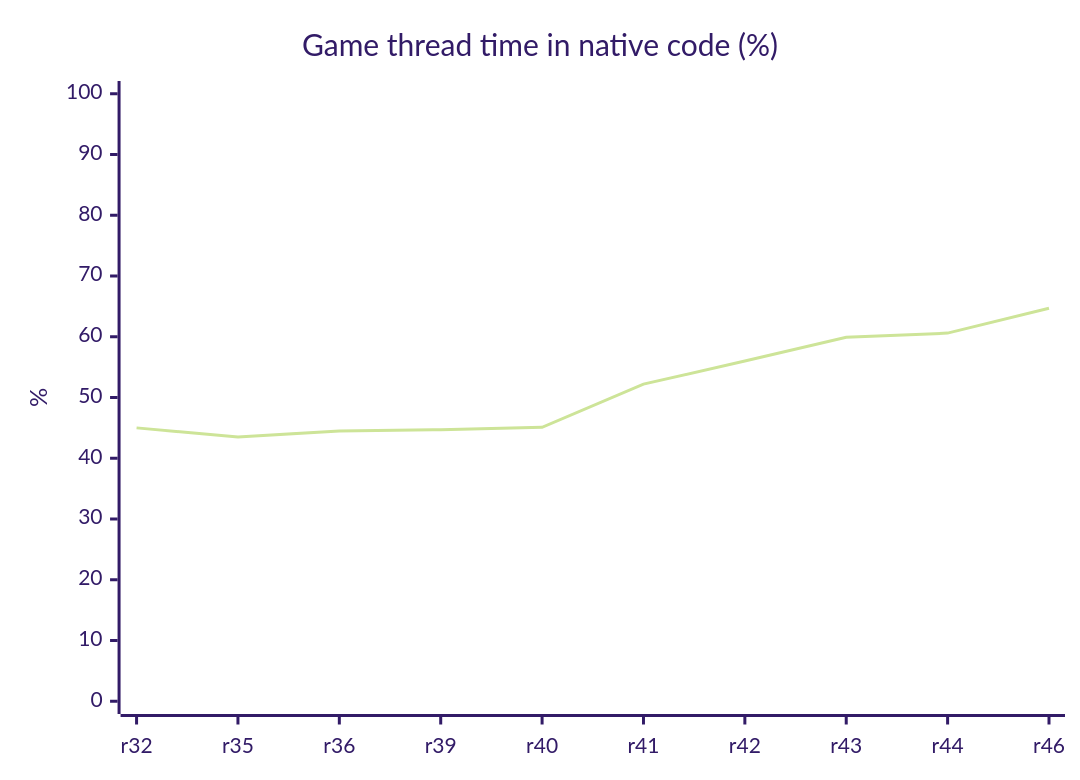
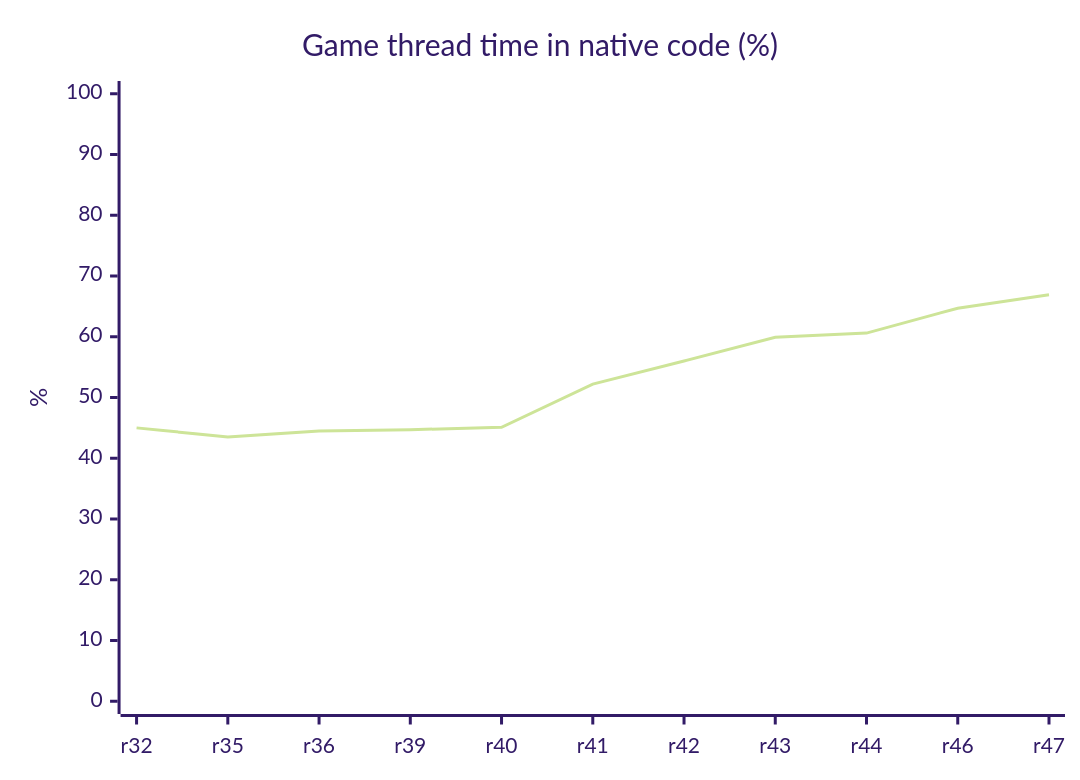
Before and after one commit to HenryKun55/celosia: the diagram in README.md, drawn with Mermaid (forest theme). The commit also changed other lines of this file and 24 other files, not shown here.

````diff
--- a/README.md
+++ b/README.md
@@ -251,7 +252,7 @@
 ```mermaid
 xychart-beta
     title "Game thread time in native code (%)"
-    x-axis ["r32", "r35", "r36", "r39", "r40", "r41", "r42", "r43", "r44", "r46"]
+    x-axis ["r32", "r35", "r36", "r39", "r40", "r41", "r42", "r43", "r44", "r46", "r47"]
     y-axis "%" 0 --> 100
-    line [45.0, 43.5, 44.5, 44.7, 45.1, 52.2, 56.0, 59.9, 60.6, 64.7]
+    line [45.0, 43.5, 44.5, 44.7, 45.1, 52.2, 56.0, 59.9, 60.6, 64.7, 66.9]
 ```
````
